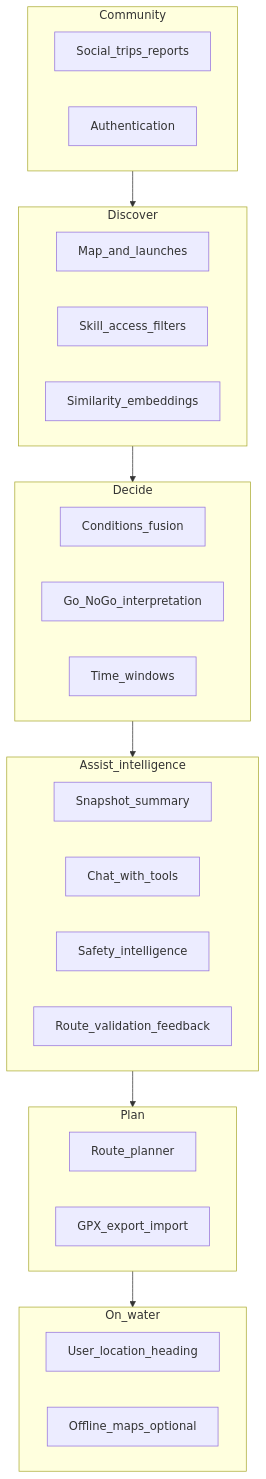
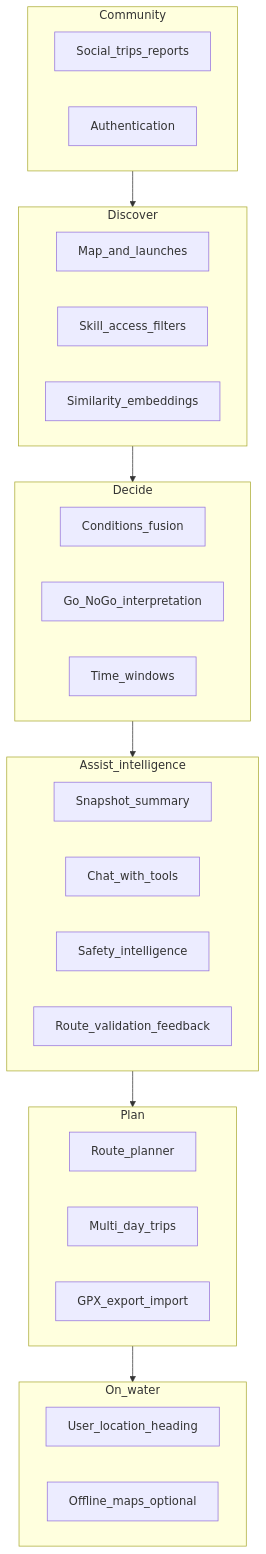
The diagram in docs/ROADMAP.md (jessemull/eddyscout), drawn with Mermaid before and after one commit. The commit also changed other lines of this file, not shown here.

First line of the commit message:
docs: add route go/no-go and multi-day trip planning

````diff
--- a/docs/ROADMAP.md
+++ b/docs/ROADMAP.md
@@ -15,36 +15,37 @@
 ```mermaid
 flowchart TB
   subgraph discover [Discover]
     map[Map_and_launches]
     filters[Skill_access_filters]
     similar[Similarity_embeddings]
   end
   subgraph decide [Decide]
     fuse[Conditions_fusion]
     gonogo[Go_NoGo_interpretation]
     windows[Time_windows]
   end
   subgraph assist [Assist_intelligence]
     digest[Snapshot_summary]
     chat[Chat_with_tools]
     safetyintel[Safety_intelligence]
     routecheck[Route_validation_feedback]
   end
   subgraph plan [Plan]
     routes[Route_planner]
+    multiday[Multi_day_trips]
     export[GPX_export_import]
   end
   subgraph onwater [On_water]
     location[User_location_heading]
     offline[Offline_maps_optional]
   end
   subgraph community [Community]
     social[Social_trips_reports]
     auth[Authentication]
   end
   discover --> decide
   decide --> assist
   assist --> plan
   plan --> onwater
   community --> discover
 ```
````
